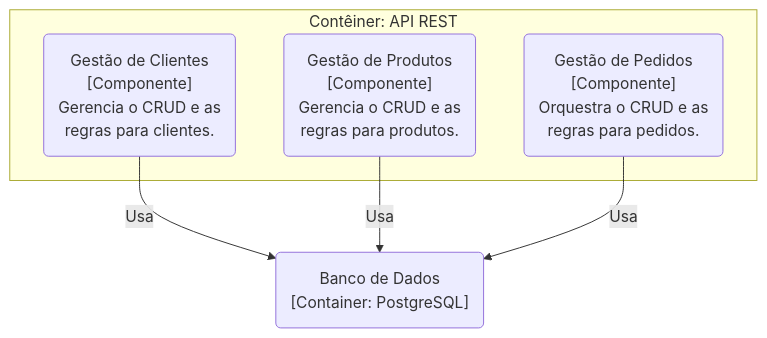
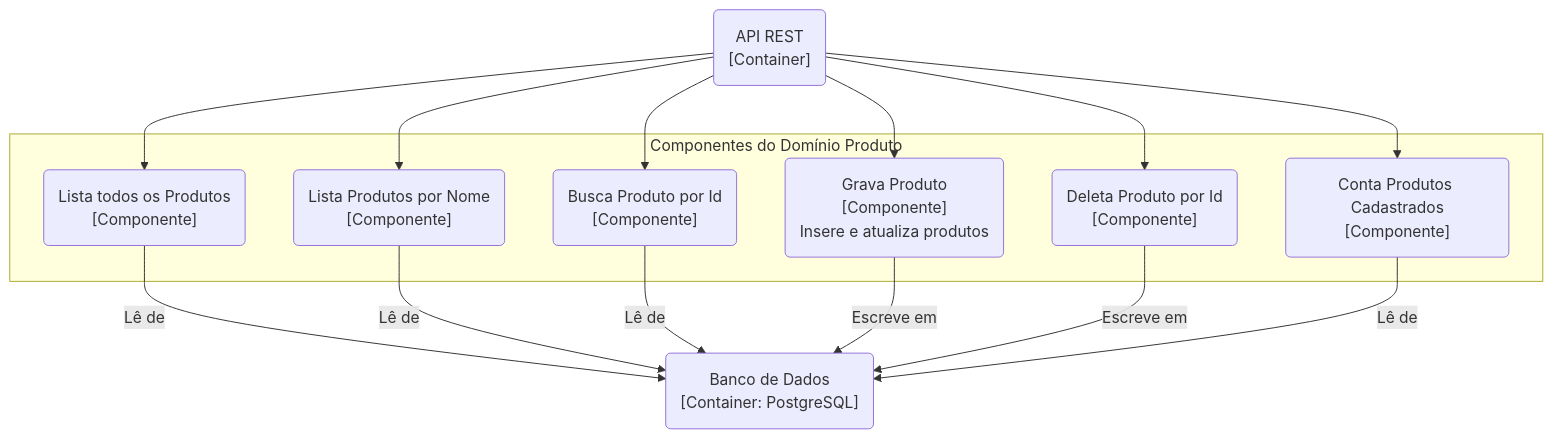
One commit to iagobrdev/orders-bootcamp changed the third of 8 diagrams in DESENHO_ARQUITETURAL.md. Above: the diagram before and after it, drawn with Mermaid. The commit also changed other lines of this file, not shown here.

````diff
--- a/DESENHO_ARQUITETURAL.md
+++ b/DESENHO_ARQUITETURAL.md
@@ -192,14 +194,24 @@
 ```mermaid
 graph TD
-    subgraph "Contêiner: API REST"
-        component_clientes("Gestão de Clientes<br/>[Componente]<br/>Gerencia o CRUD e as<br/>regras para clientes.")
-        component_produtos("Gestão de Produtos<br/>[Componente]<br/>Gerencia o CRUD e as<br/>regras para produtos.")
-        component_pedidos("Gestão de Pedidos<br/>[Componente]<br/>Orquestra o CRUD e as<br/>regras para pedidos.")
+    api_container("API REST<br>[Container]")
+    
+    subgraph "Componentes do Domínio Produto"
+        p1("Lista todos os Produtos<br>[Componente]")
+        p2("Lista Produtos por Nome<br>[Componente]")
+        p3("Busca Produto por Id<br>[Componente]")
+        p4("Grava Produto<br>[Componente]<br>Insere e atualiza produtos")
+        p5("Deleta Produto por Id<br>[Componente]")
+        p6("Conta Produtos Cadastrados<br>[Componente]")
     end
     
-    container_db("Banco de Dados<br/>[Container: PostgreSQL]")
+    db("Banco de Dados<br>[Container: PostgreSQL]")
 
-    component_clientes -- "Usa" --> container_db
-    component_produtos -- "Usa" --> container_db
-    component_pedidos -- "Usa" --> container_db
+    api_container --> p1 & p2 & p3 & p4 & p5 & p6
+    
+    p1 -- "Lê de" --> db
+    p2 -- "Lê de" --> db
+    p3 -- "Lê de" --> db
+    p4 -- "Escreve em" --> db
+    p5 -- "Escreve em" --> db
+    p6 -- "Lê de" --> db
 ```
````
